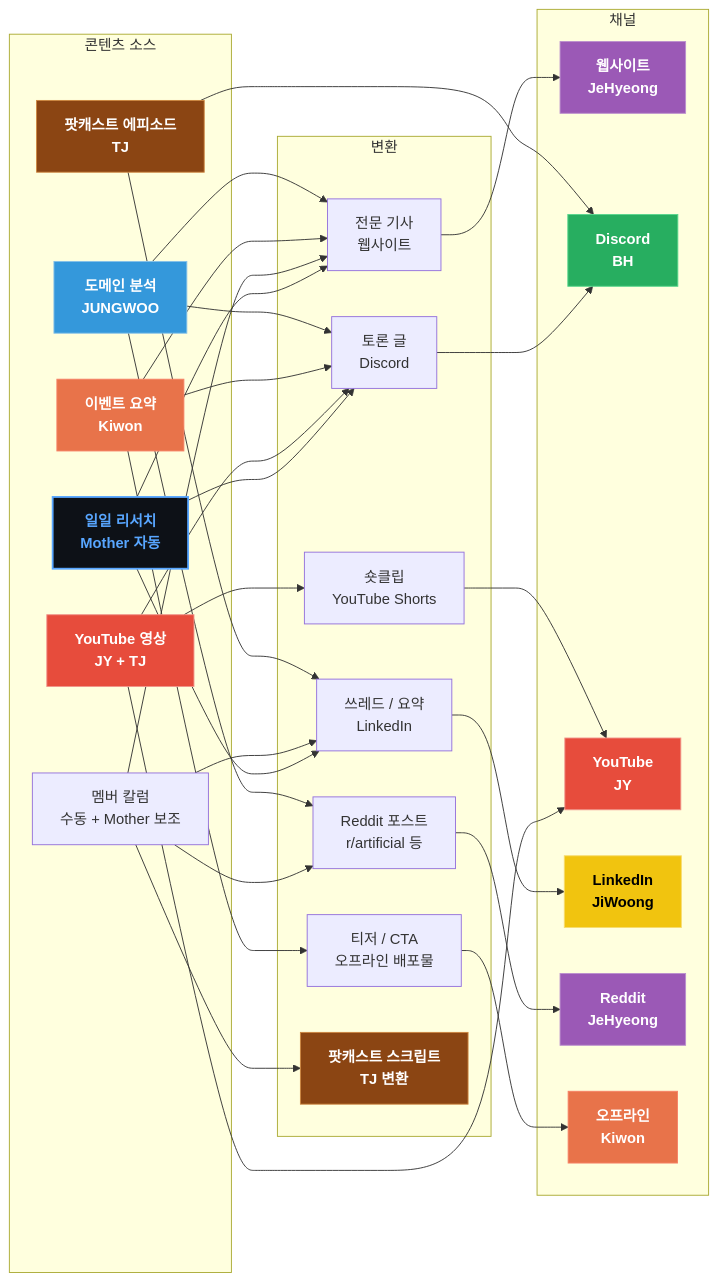
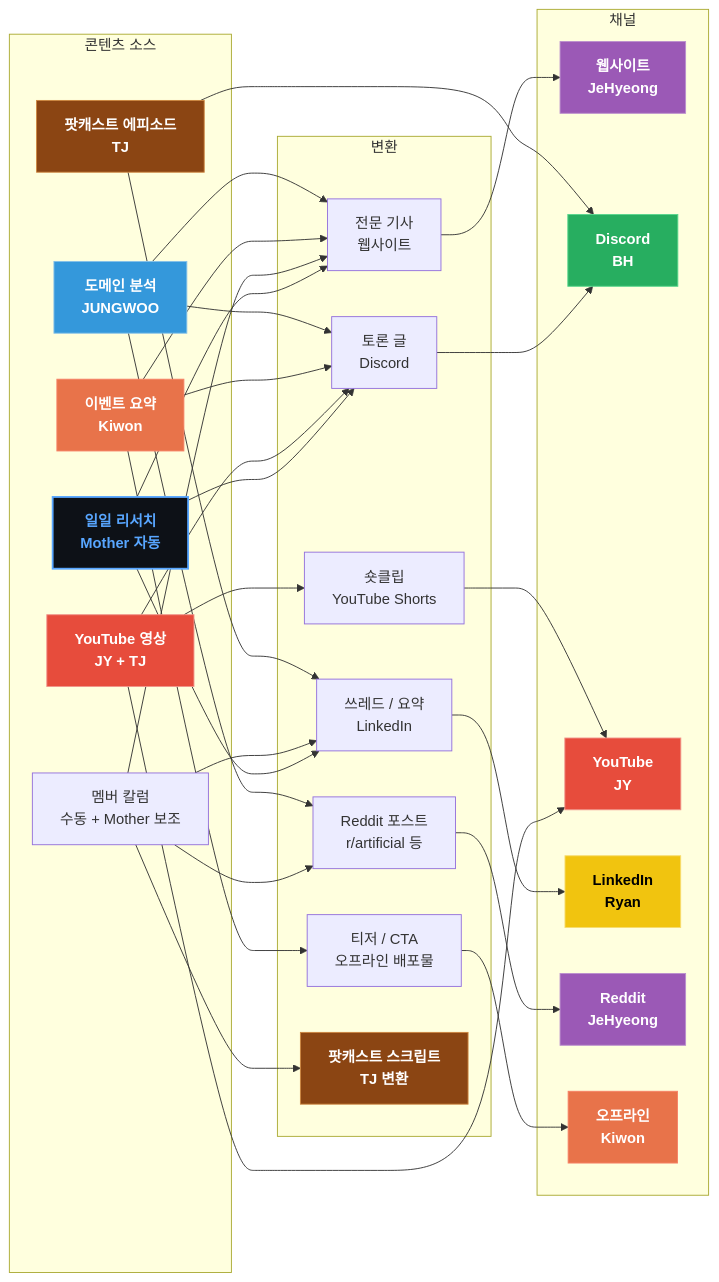
Before and after one commit to JeHyeong2/hypeprooflab: the diagram in products/hypeproof-workflow-diagrams/d3-color.mmd, drawn with Mermaid. The commit also changed 35 other files, not shown here.

First line of the commit message:
fix: merge JiWoong→Ryan, add Academy pipeline, 8 members

```diff
--- a/products/hypeproof-workflow-diagrams/d3-color.mmd
+++ b/products/hypeproof-workflow-diagrams/d3-color.mmd
@@ -1,67 +1,66 @@
 flowchart LR
     subgraph SOURCE["콘텐츠 소스"]
         DR["일일 리서치<br/>Mother 자동"]
         MC["멤버 칼럼<br/>수동 + Mother 보조"]
         YV["YouTube 영상<br/>JY + TJ"]
         PE["팟캐스트 에피소드<br/>TJ"]
         EV["이벤트 요약<br/>Kiwon"]
         DA["도메인 분석<br/>JUNGWOO"]
     end
 
     subgraph TRANSFORM["변환"]
         T1["전문 기사<br/>웹사이트"]
         T2["쓰레드 / 요약<br/>LinkedIn"]
         T3["토론 글<br/>Discord"]
         T4["숏클립<br/>YouTube Shorts"]
         T5["Reddit 포스트<br/>r/artificial 등"]
         T6["티저 / CTA<br/>오프라인 배포물"]
         T7["팟캐스트 스크립트<br/>TJ 변환"]
     end
 
     subgraph CHANNELS["채널"]
         W["웹사이트<br/>JeHyeong"]
         D["Discord<br/>BH"]
         Y["YouTube<br/>JY"]
-        L["LinkedIn<br/>JiWoong"]
+        L["LinkedIn<br/>Ryan"]
         RR["Reddit<br/>JeHyeong"]
         O["오프라인<br/>Kiwon"]
     end
 
     DR --> T1 --> W
     DR --> T3 --> D
     DR --> T2 --> L
     MC --> T1
     MC --> T2
     MC --> T5 --> RR
     MC --> T7
     YV --> Y
     YV --> T4 --> Y
     YV --> T3
     PE --> D
     PE --> T2
     EV --> T1
     EV --> T3
     EV --> T6 --> O
     DA --> T1
     DA --> T3
     DA --> T5
 
     classDef jay fill:#1f6feb,stroke:#388bfd,color:#fff,font-weight:bold
     classDef kiwon fill:#e8734a,stroke:#f78166,color:#fff,font-weight:bold
-    classDef jiwoong fill:#f1c40f,stroke:#f7dc6f,color:#000,font-weight:bold
+    classDef ryan fill:#f1c40f,stroke:#f7dc6f,color:#000,font-weight:bold
     classDef jy fill:#e74c3c,stroke:#f1948a,color:#fff,font-weight:bold
     classDef tj fill:#8b4513,stroke:#cd853f,color:#fff,font-weight:bold
     classDef jehyeong fill:#9b59b6,stroke:#bb8fce,color:#fff,font-weight:bold
     classDef bh fill:#27ae60,stroke:#58d68d,color:#fff,font-weight:bold
     classDef jungwoo fill:#3498db,stroke:#85c1e9,color:#fff,font-weight:bold
-    classDef ryan fill:#95a5a6,stroke:#bdc3c7,color:#000,font-weight:bold
     classDef mother fill:#0d1117,stroke:#58a6ff,color:#58a6ff,font-weight:bold,stroke-width:2px
 
     class DR mother
     class YV,Y jy
     class PE,T7 tj
     class EV,O kiwon
     class DA jungwoo
     class W,RR jehyeong
     class D bh
-    class L jiwoong
+    class L ryan
```
